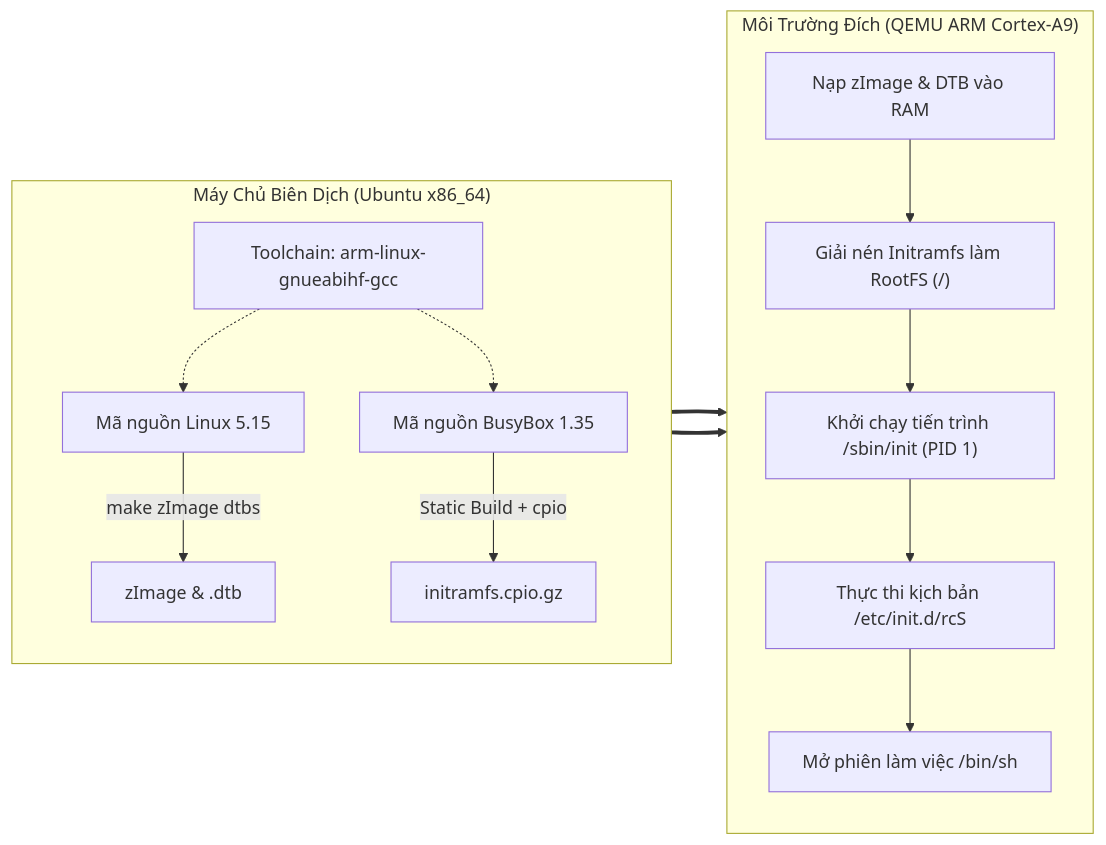
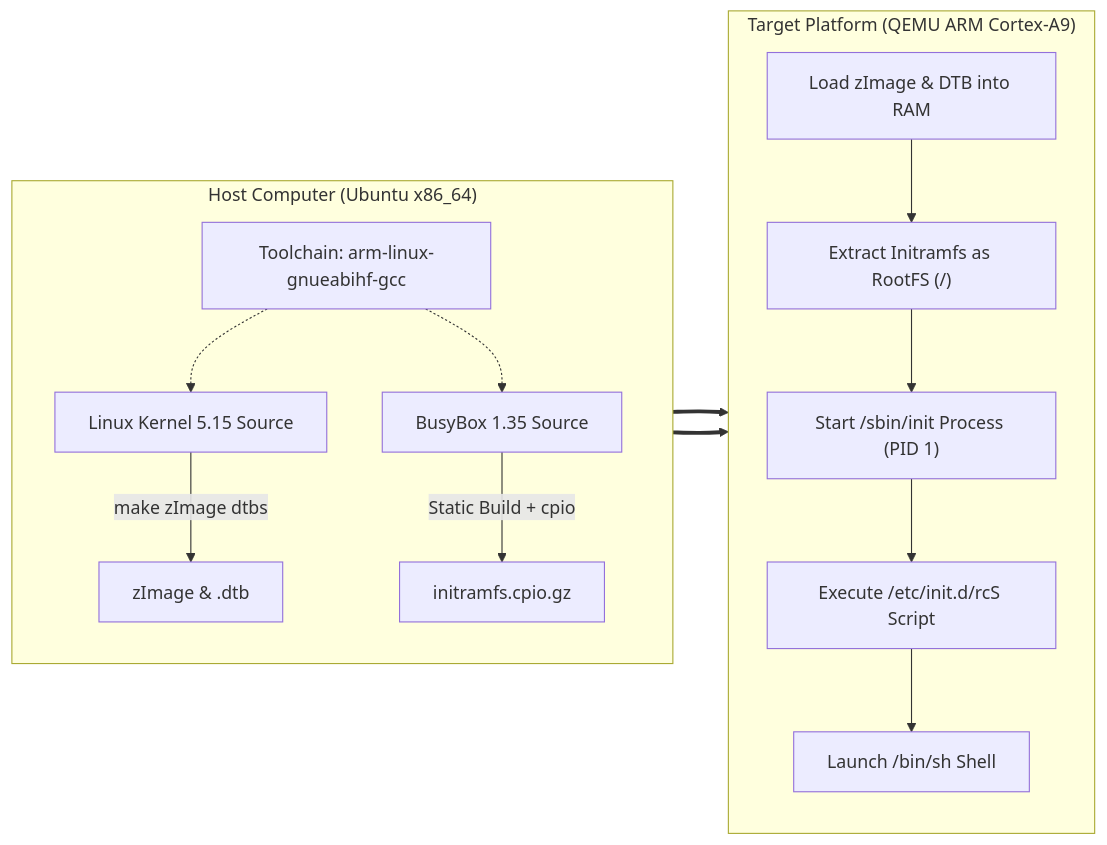
Before and after one commit to hai2378/embedded-linux-labs: the diagram in README.md, drawn with Mermaid. The commit also changed other lines of this file, not shown here.

````diff
--- a/README.md
+++ b/README.md
@@ -22,22 +27,22 @@
 ```mermaid
 graph LR
-    subgraph Host ["Máy Chủ Biên Dịch (Ubuntu x86_64)"]
+    subgraph Host ["Host Computer (Ubuntu x86_64)"]
         direction TB
         TC["Toolchain: arm-linux-gnueabihf-gcc"]
-        K_SRC["Mã nguồn Linux 5.15"] -->|"make zImage dtbs"| IMG["zImage & .dtb"]
-        B_SRC["Mã nguồn BusyBox 1.35"] -->|"Static Build + cpio"| RFS["initramfs.cpio.gz"]
+        K_SRC["Linux Kernel 5.15 Source"] -->|"make zImage dtbs"| IMG["zImage & .dtb"]
+        B_SRC["BusyBox 1.35 Source"] -->|"Static Build + cpio"| RFS["initramfs.cpio.gz"]
         TC -.-> K_SRC
         TC -.-> B_SRC
     end
 
-    subgraph Target ["Môi Trường Đích (QEMU ARM Cortex-A9)"]
+    subgraph Target ["Target Platform (QEMU ARM Cortex-A9)"]
         direction TB
-        BOOT["Nạp zImage & DTB vào RAM"] --> MOUNT["Giải nén Initramfs làm RootFS (/)"]
-        MOUNT --> PID1["Khởi chạy tiến trình /sbin/init (PID 1)"]
-        PID1 --> RCS["Thực thi kịch bản /etc/init.d/rcS"]
-        RCS --> SH["Mở phiên làm việc /bin/sh"]
+        BOOT["Load zImage & DTB into RAM"] --> MOUNT["Extract Initramfs as RootFS (/)"]
+        MOUNT --> PID1["Start /sbin/init Process (PID 1)"]
+        PID1 --> RCS["Execute /etc/init.d/rcS Script"]
+        RCS --> SH["Launch /bin/sh Shell"]
     end
 
     IMG ==> BOOT
     RFS ==> MOUNT
 ```
````
